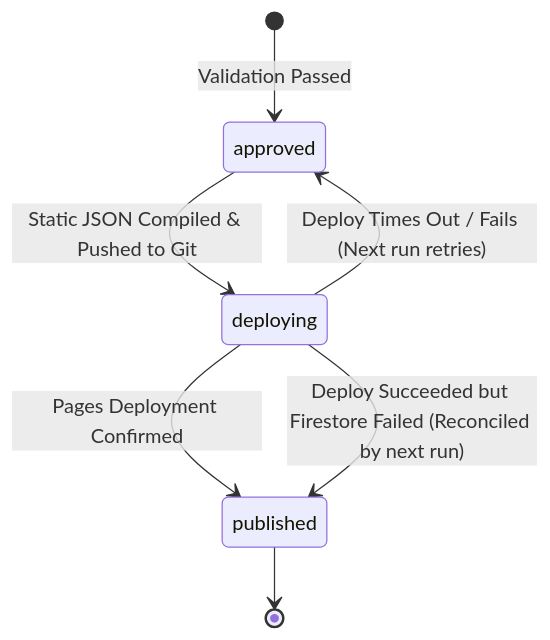
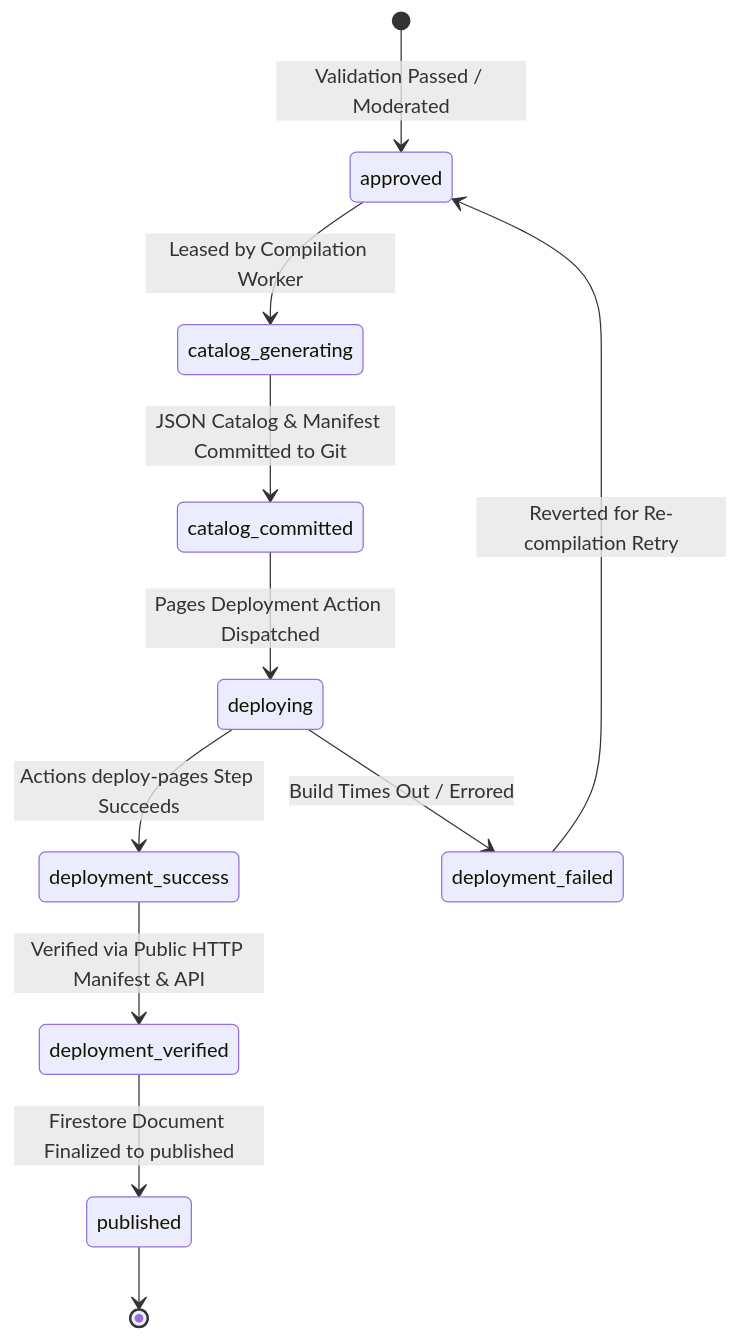
The second of 2 diagrams in docs/ARCHITECTURE.md (Rohitpvt/GitStore), drawn with Mermaid before and after one commit. The commit also changed other lines of this file and 13 other files, not shown here.

Commit message:
chore(phase-0.1.2): final security and architecture corrections

````diff
--- a/docs/ARCHITECTURE.md
+++ b/docs/ARCHITECTURE.md
@@ -147,9 +199,13 @@
 ```mermaid
 stateDiagram-v2
-    [*] --> approved: Validation Passed
-    approved --> deploying: Static JSON Compiled & Pushed to Git
-    deploying --> published: Pages Deployment Confirmed
-    deploying --> approved: Deploy Times Out / Fails (Next run retries)
-    deploying --> published: Deploy Succeeded but Firestore Failed (Reconciled by next run)
+    [*] --> approved: Validation Passed / Moderated
+    approved --> catalog_generating: Leased by Compilation Worker
+    catalog_generating --> catalog_committed: JSON Catalog & Manifest Committed to Git
+    catalog_committed --> deploying: Pages Deployment Action Dispatched
+    deploying --> deployment_success: Actions deploy-pages Step Succeeds
+    deployment_success --> deployment_verified: Verified via Public HTTP Manifest & API
+    deployment_verified --> published: Firestore Document Finalized to published
+    deploying --> deployment_failed: Build Times Out / Errored
+    deployment_failed --> approved: Reverted for Re-compilation Retry
     published --> [*]
 ```
````
